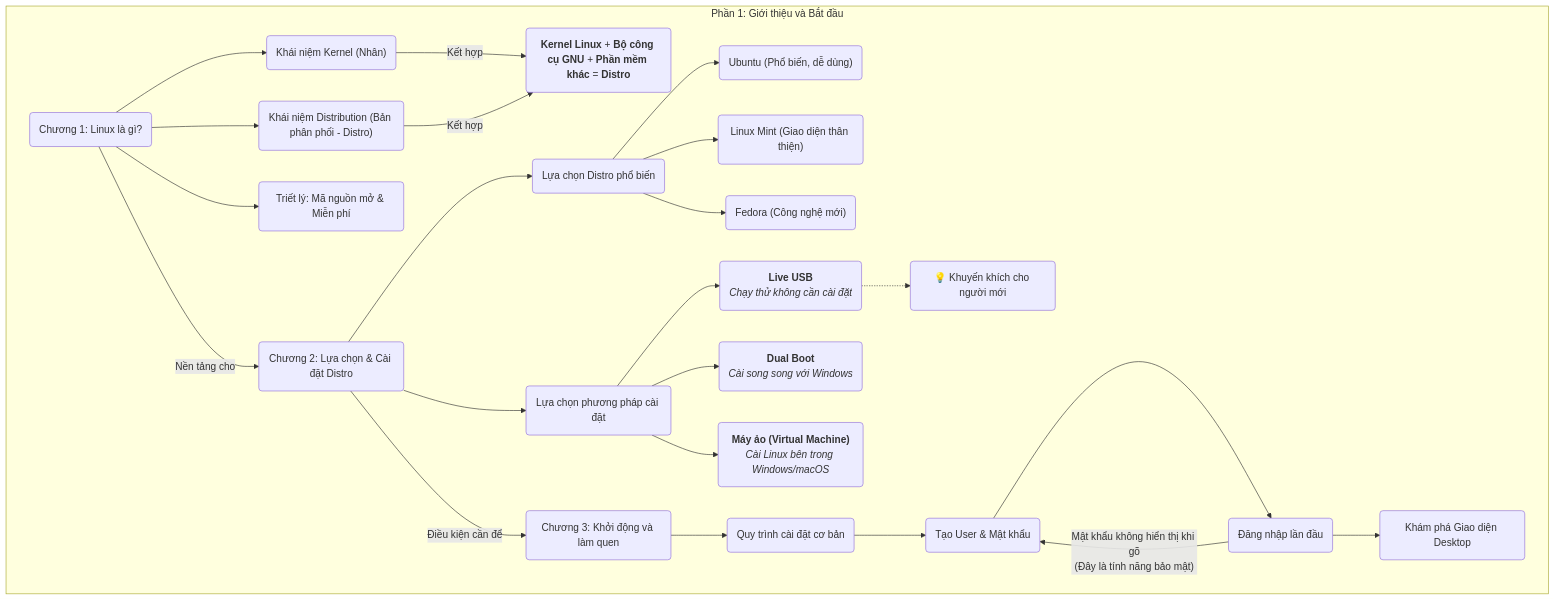
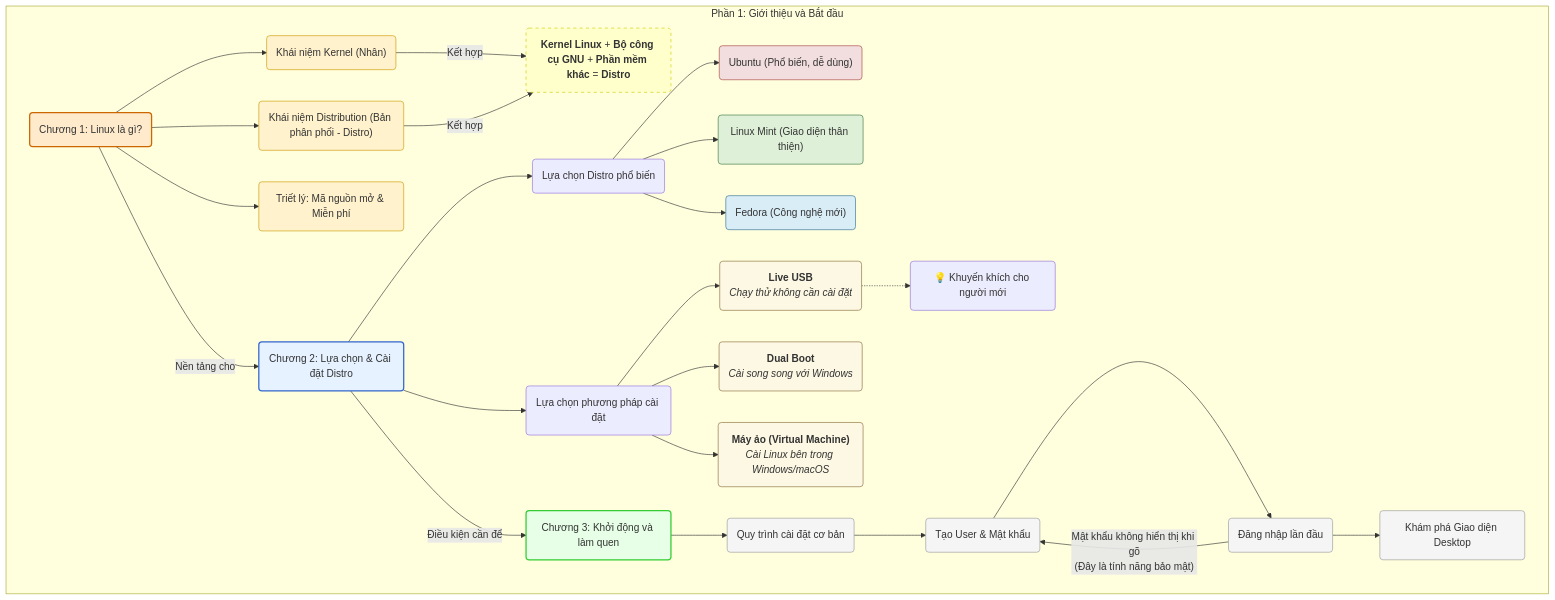
Before and after one commit to ngockhanhvd2812/DBA: the first of 5 diagrams in linux.md, drawn with Mermaid. The commit also changed other lines of this file, not shown here.

````diff
--- a/linux.md
+++ b/linux.md
@@ -3,37 +6,56 @@
 ```mermaid
 graph TD
     subgraph "Phần 1: Giới thiệu và Bắt đầu"
         direction LR
         %% Chapters
         C1("Chương 1: Linux là gì?")
         C2("Chương 2: Lựa chọn & Cài đặt Distro")
         C3("Chương 3: Khởi động và làm quen")
 
         %% Chapter 1 Details
         C1 --> K1("Khái niệm Kernel (Nhân)")
         C1 --> K2("Khái niệm Distribution (Bản phân phối - Distro)")
         C1 --> K3("Triết lý: Mã nguồn mở & Miễn phí")
         K1 & K2 -- Kết hợp --> D1("<b>Kernel Linux</b> + <b>Bộ công cụ GNU</b> + <b>Phần mềm khác</b> = <b>Distro</b>")
 
         %% Chapter 2 Details
         C2 --> D_Choose("Lựa chọn Distro phổ biến")
             D_Choose --> D_Ubuntu("Ubuntu (Phổ biến, dễ dùng)")
             D_Choose --> D_Mint("Linux Mint (Giao diện thân thiện)")
             D_Choose --> D_Fedora("Fedora (Công nghệ mới)")
 
         C2 --> I_Method("Lựa chọn phương pháp cài đặt")
             I_Method --> I1("<b>Live USB</b><br/><i>Chạy thử không cần cài đặt</i>")
             I1 -.-> Note1("💡 Khuyến khích cho người mới")
             I_Method --> I2("<b>Dual Boot</b><br/><i>Cài song song với Windows</i>")
             I_Method --> I3("<b>Máy ảo (Virtual Machine)</b><br/><i>Cài Linux bên trong Windows/macOS</i>")
 
         %% Chapter 3 Details
         C3 --> P1("Quy trình cài đặt cơ bản") --> P2("Tạo User & Mật khẩu")
         P2 --> P3("Đăng nhập lần đầu") --> P4("Khám phá Giao diện Desktop")
         P3 -- "Mật khẩu không hiển thị khi gõ<br/>(Đây là tính năng bảo mật)" --> P2
     end
-    
+
     %% Relationships
     C1 -- Nền tảng cho --> C2
     C2 -- Điều kiện cần để --> C3
+
+    %% Styles
+    style C1 fill:#ffebcc,stroke:#cc6600,stroke-width:2px
+    style C2 fill:#e6f2ff,stroke:#3366cc,stroke-width:2px
+    style C3 fill:#e6ffe6,stroke:#33cc33,stroke-width:2px
+    style K1 fill:#fff2cc,stroke:#cc9900
+    style K2 fill:#fff2cc,stroke:#cc9900
+    style K3 fill:#fff2cc,stroke:#cc9900
+    style D1 fill:#ffffcc,stroke:#cccc00,stroke-dasharray: 5 5
+    style D_Ubuntu fill:#f2dede,stroke:#a94442
+    style D_Mint fill:#dff0d8,stroke:#3c763d
+    style D_Fedora fill:#d9edf7,stroke:#31708f
+    style I1 fill:#fcf8e3,stroke:#8a6d3b
+    style I2 fill:#fcf8e3,stroke:#8a6d3b
+    style I3 fill:#fcf8e3,stroke:#8a6d3b
+    style P1 fill:#f5f5f5,stroke:#999
+    style P2 fill:#f5f5f5,stroke:#999
+    style P3 fill:#f5f5f5,stroke:#999
+    style P4 fill:#f5f5f5,stroke:#999
 ``` 
````
